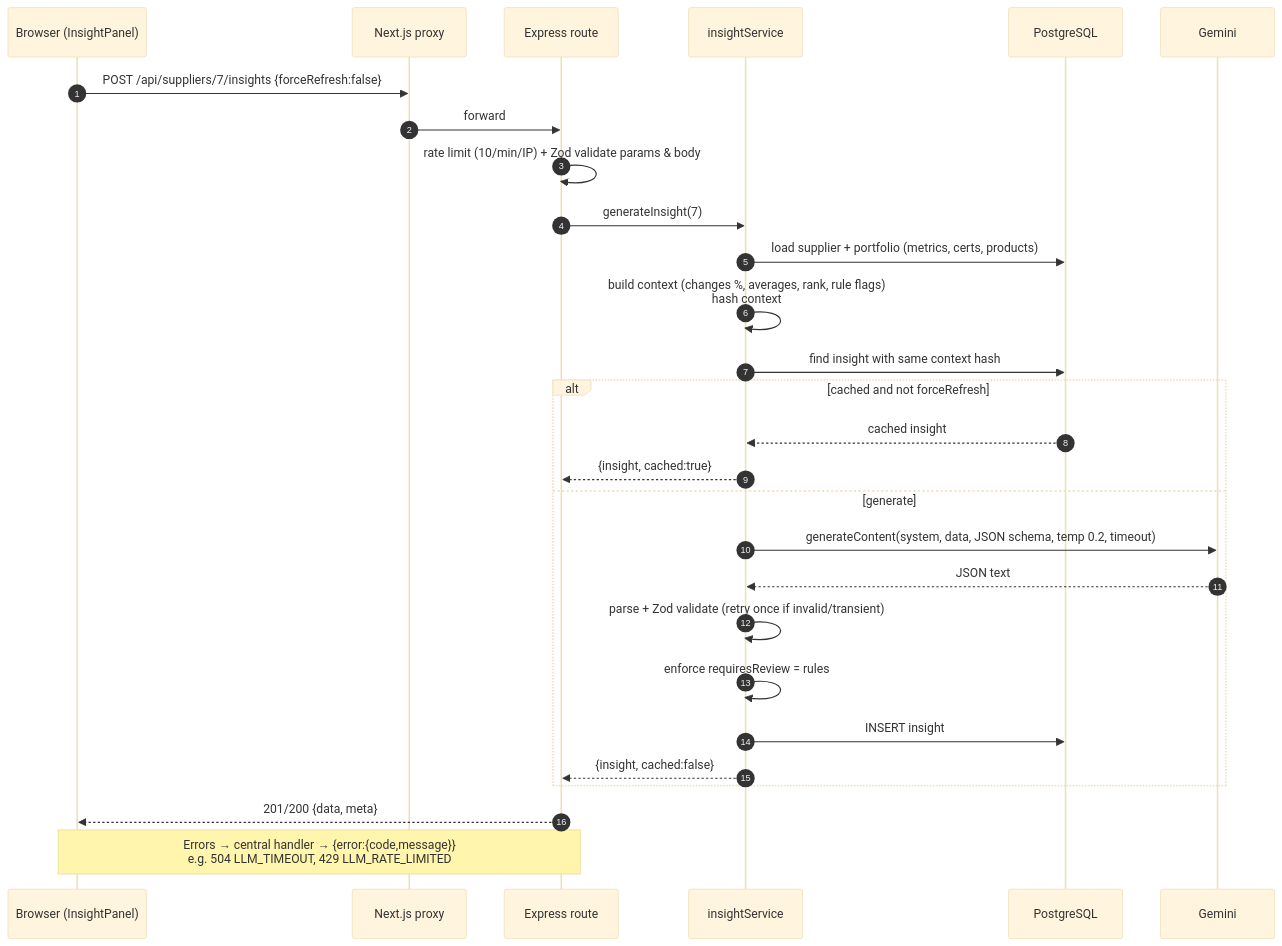
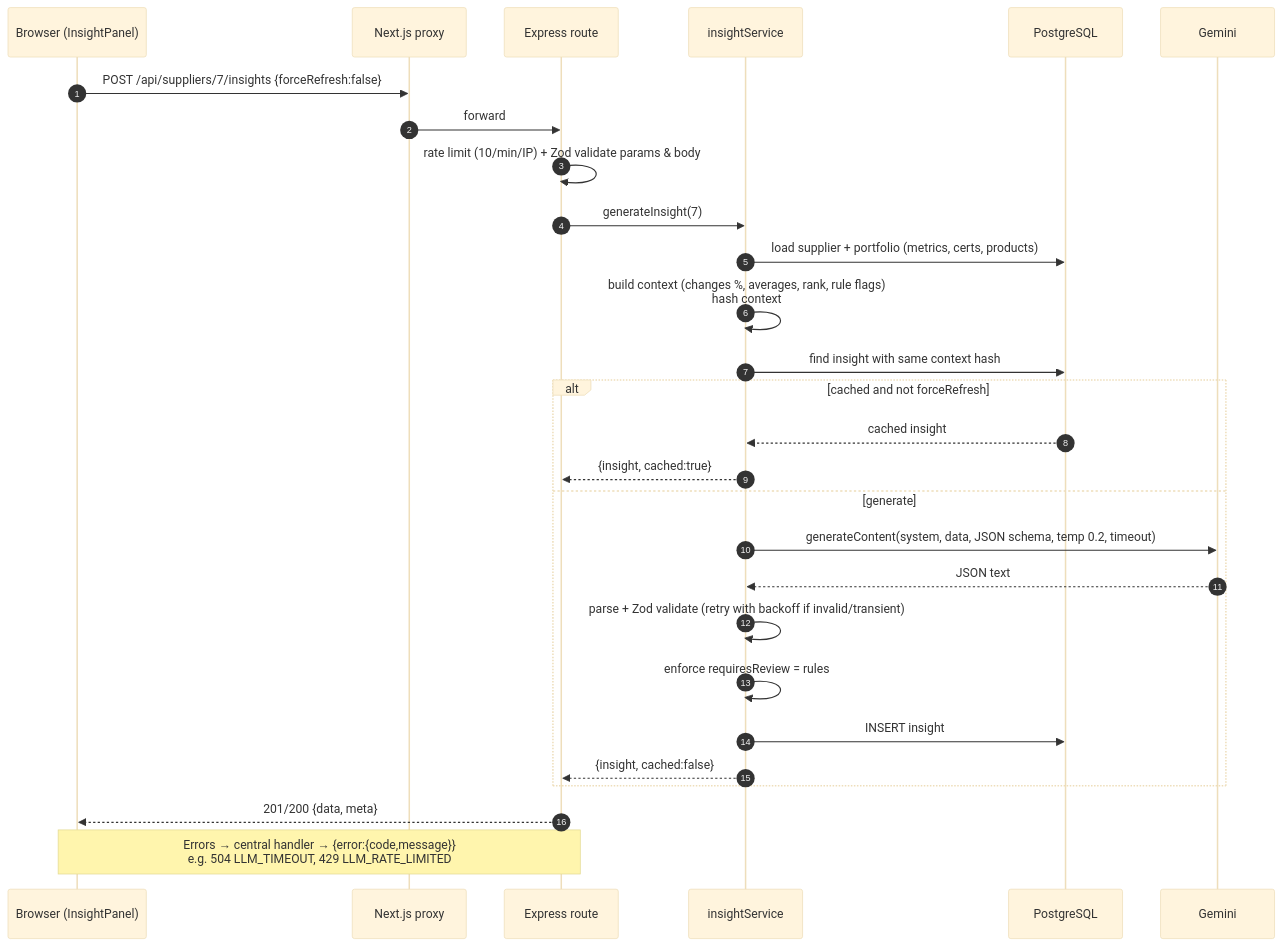
The second of 3 diagrams in docs/ARCHITECTURE.md (yazhdevi6/Sustainability-insights-dashboard), drawn with Mermaid (base theme) before and after one commit. The commit also changed 3 other files, not shown here.

First line of the commit message:
Retry transient Gemini errors with backoff; add live demo link

````diff
--- a/docs/ARCHITECTURE.md
+++ b/docs/ARCHITECTURE.md
@@ -57,31 +57,31 @@
 ```mermaid
 sequenceDiagram
     autonumber
     participant B as Browser (InsightPanel)
     participant N as Next.js proxy
     participant A as Express route
     participant S as insightService
     participant D as PostgreSQL
     participant G as Gemini
 
     B->>N: POST /api/suppliers/7/insights {forceRefresh:false}
     N->>A: forward
     A->>A: rate limit (10/min/IP) + Zod validate params & body
     A->>S: generateInsight(7)
     S->>D: load supplier + portfolio (metrics, certs, products)
     S->>S: build context (changes %, averages, rank, rule flags)<br/>hash context
     S->>D: find insight with same context hash
     alt cached and not forceRefresh
         D-->>S: cached insight
         S-->>A: {insight, cached:true}
     else generate
         S->>G: generateContent(system, data, JSON schema, temp 0.2, timeout)
         G-->>S: JSON text
-        S->>S: parse + Zod validate (retry once if invalid/transient)
+        S->>S: parse + Zod validate (retry with backoff if invalid/transient)
         S->>S: enforce requiresReview = rules
         S->>D: INSERT insight
         S-->>A: {insight, cached:false}
     end
     A-->>B: 201/200 {data, meta}
     Note over A,B: Errors → central handler → {error:{code,message}}<br/>e.g. 504 LLM_TIMEOUT, 429 LLM_RATE_LIMITED
 ```
````
